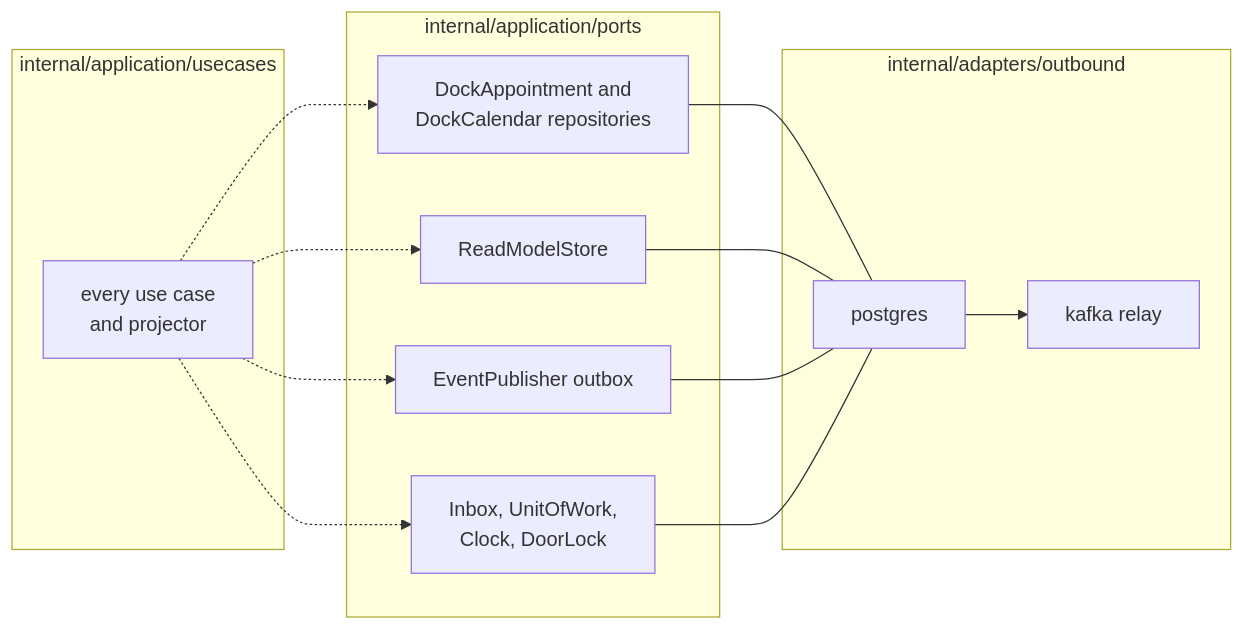
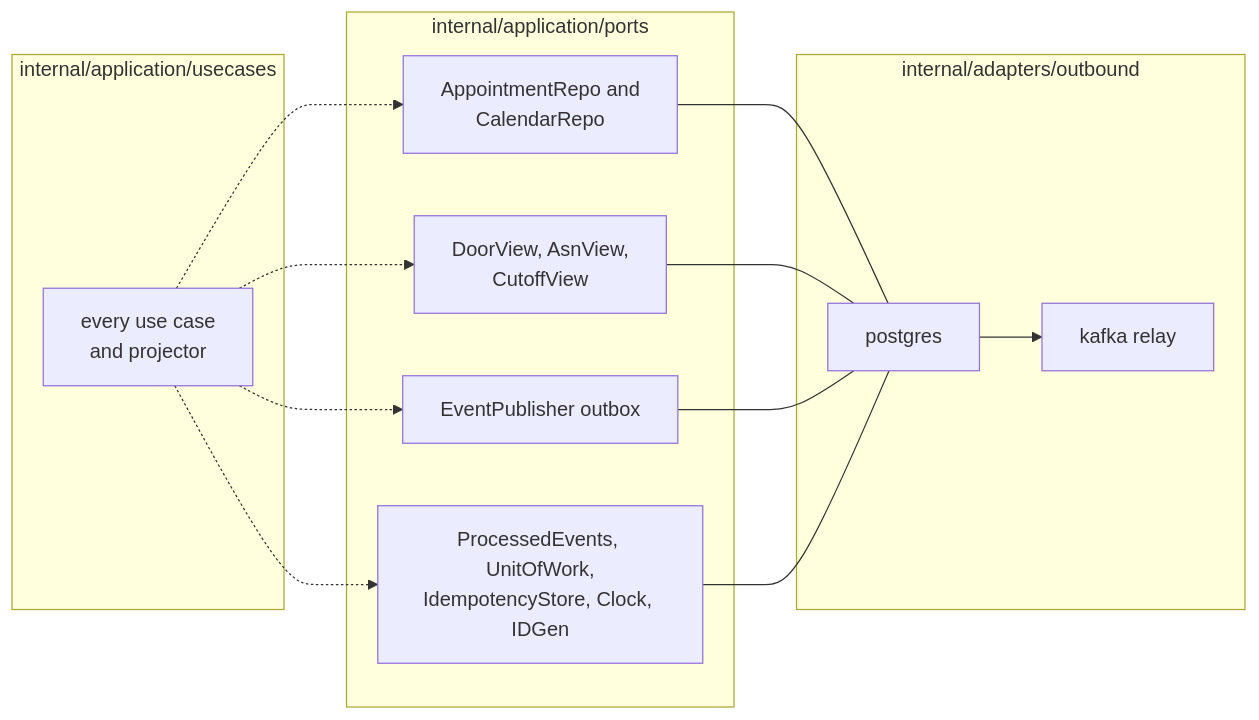
The ninth of 9 diagrams in yard/docs/contexts/dock-scheduling/class-diagram.md (IQVO/warehouse-docs), drawn with Mermaid before and after one commit. The commit also changed other lines of this file and 51 other files, not shown here.

````diff
--- a/yard/docs/contexts/dock-scheduling/class-diagram.md
+++ b/yard/docs/contexts/dock-scheduling/class-diagram.md
@@ -450,25 +461,25 @@
 ```mermaid
 flowchart LR
     subgraph APP["internal/application/usecases"]
         UC["every use case<br/>and projector"]
     end
     subgraph PORTS["internal/application/ports"]
-        P1["DockAppointment and<br/>DockCalendar repositories"]
-        P2["ReadModelStore"]
+        P1["AppointmentRepo and<br/>CalendarRepo"]
+        P2["DoorView, AsnView,<br/>CutoffView"]
         P3["EventPublisher outbox"]
-        P4["Inbox, UnitOfWork,<br/>Clock, DoorLock"]
+        P4["ProcessedEvents, UnitOfWork,<br/>IdempotencyStore, Clock, IDGen"]
     end
     subgraph OUT["internal/adapters/outbound"]
         PG["postgres"]
         KP["kafka relay"]
     end
     UC -.-> P1
     UC -.-> P2
     UC -.-> P3
     UC -.-> P4
     P1 --- PG
     P2 --- PG
     P3 --- PG
     P4 --- PG
     PG --> KP
 ```
````
